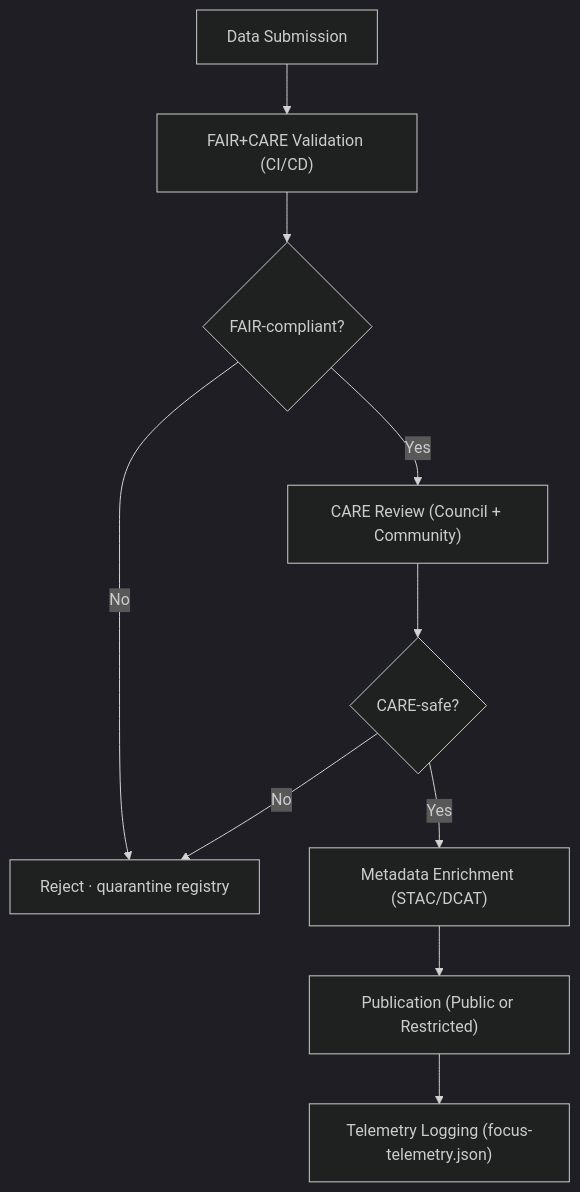
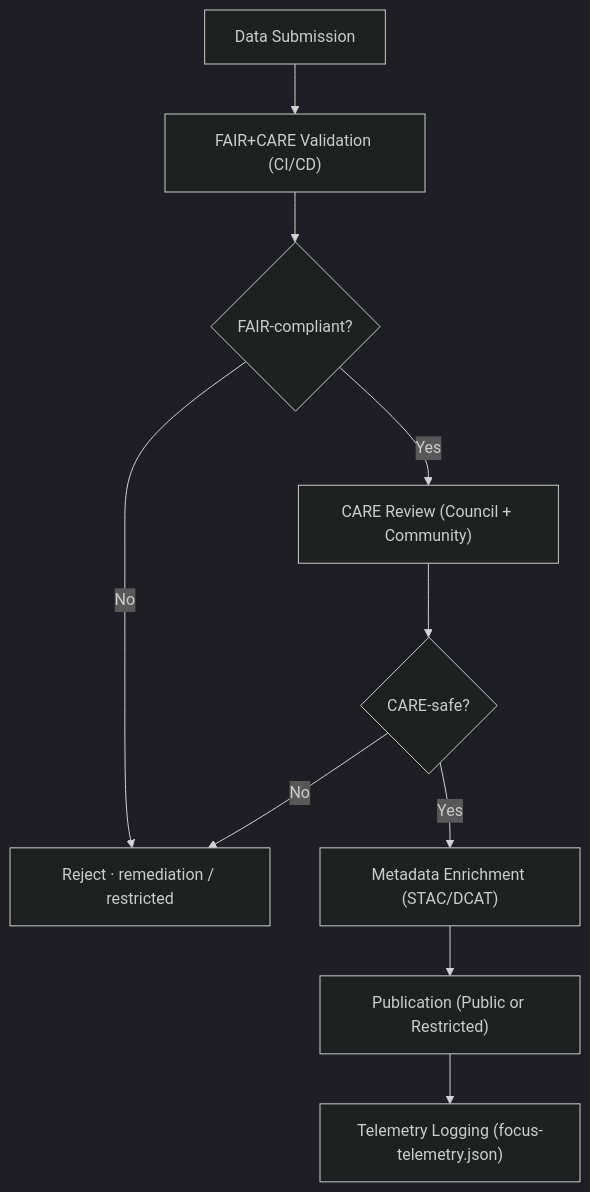
The diagram in docs/standards/faircare.md (bartytime4life/Kansas-Frontier-Matrix), drawn with Mermaid (dark theme) before and after one commit. The commit also changed other lines of this file, not shown here.

````diff
--- a/docs/standards/faircare.md
+++ b/docs/standards/faircare.md
@@ -180,12 +350,12 @@
-```mermaid
+~~~mermaid
 flowchart TD
   A["Data Submission"] --> B["FAIR+CARE Validation (CI/CD)"]
   B --> C{"FAIR-compliant?"}
   C -->|No| D["Reject · quarantine registry"]
   C -->|Yes| E["CARE Review (Council + Community)"]
   E --> F{"CARE-safe?"}
-  F -->|No| D
+  F -->|No| D["Reject · remediation / restricted"]
   F -->|Yes| G["Metadata Enrichment (STAC/DCAT)"]
   G --> H["Publication (Public or Restricted)"]
   H --> I["Telemetry Logging (focus-telemetry.json)"]
-```
+~~~
````
